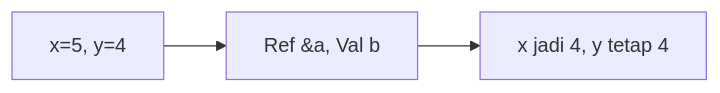
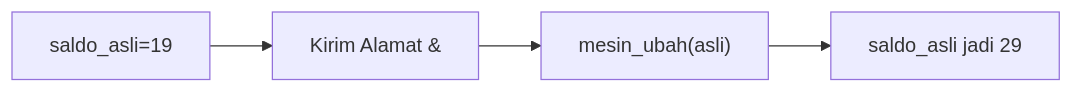
Before and after one commit to amnahwaida/OSNK_INF_PREP: the fourth of 25 diagrams in part-c-pemahaman-cpp/04-fungsi/latihan/set-04.md, drawn with Mermaid. The commit also changed other lines of this file and 71 other files, not shown here.

````diff
--- a/part-c-pemahaman-cpp/04-fungsi/latihan/set-04.md
+++ b/part-c-pemahaman-cpp/04-fungsi/latihan/set-04.md
@@ -100,5 +105,6 @@
 ```mermaid
 graph LR
-A["x=5, y=4"] --> B["Ref &a, Val b"]
-B --> C["x jadi 4, y tetap 4"]
+A["saldo_asli=19"] --> B["Kirim Alamat &"]
+B --> C["mesin_ubah(asli)"]
+C --> D["saldo_asli jadi 29"]
 ```
````
